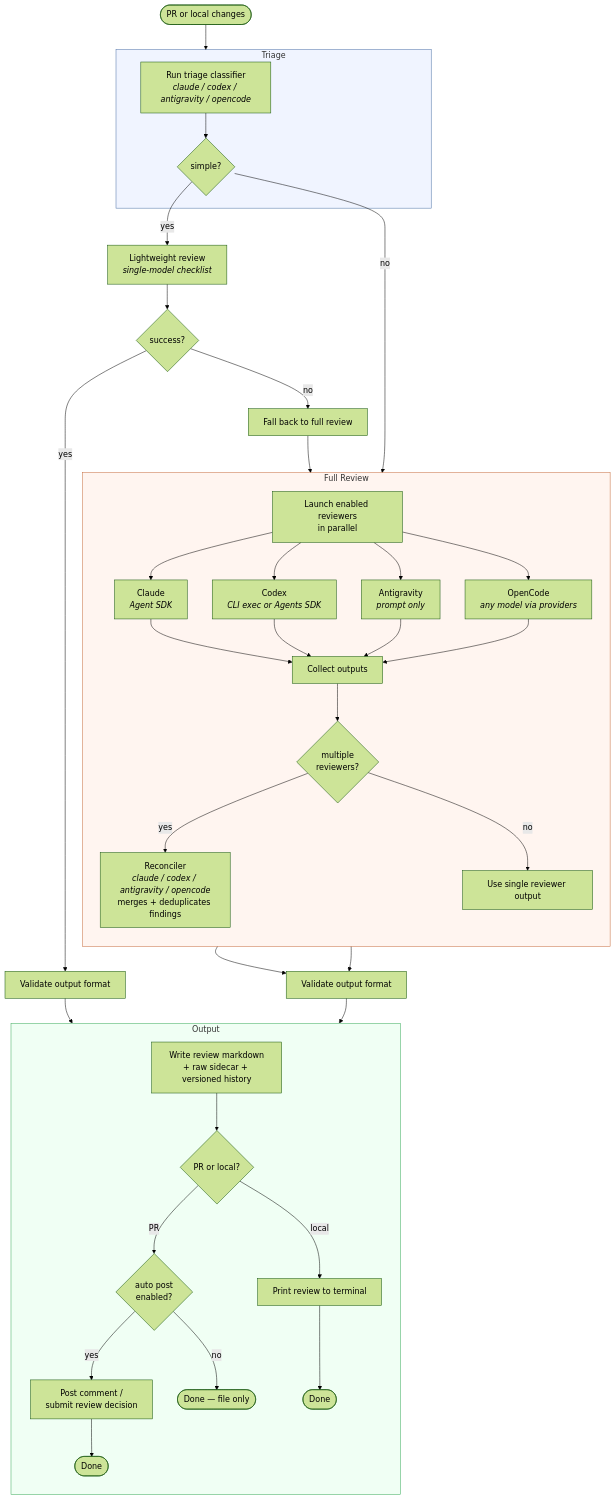
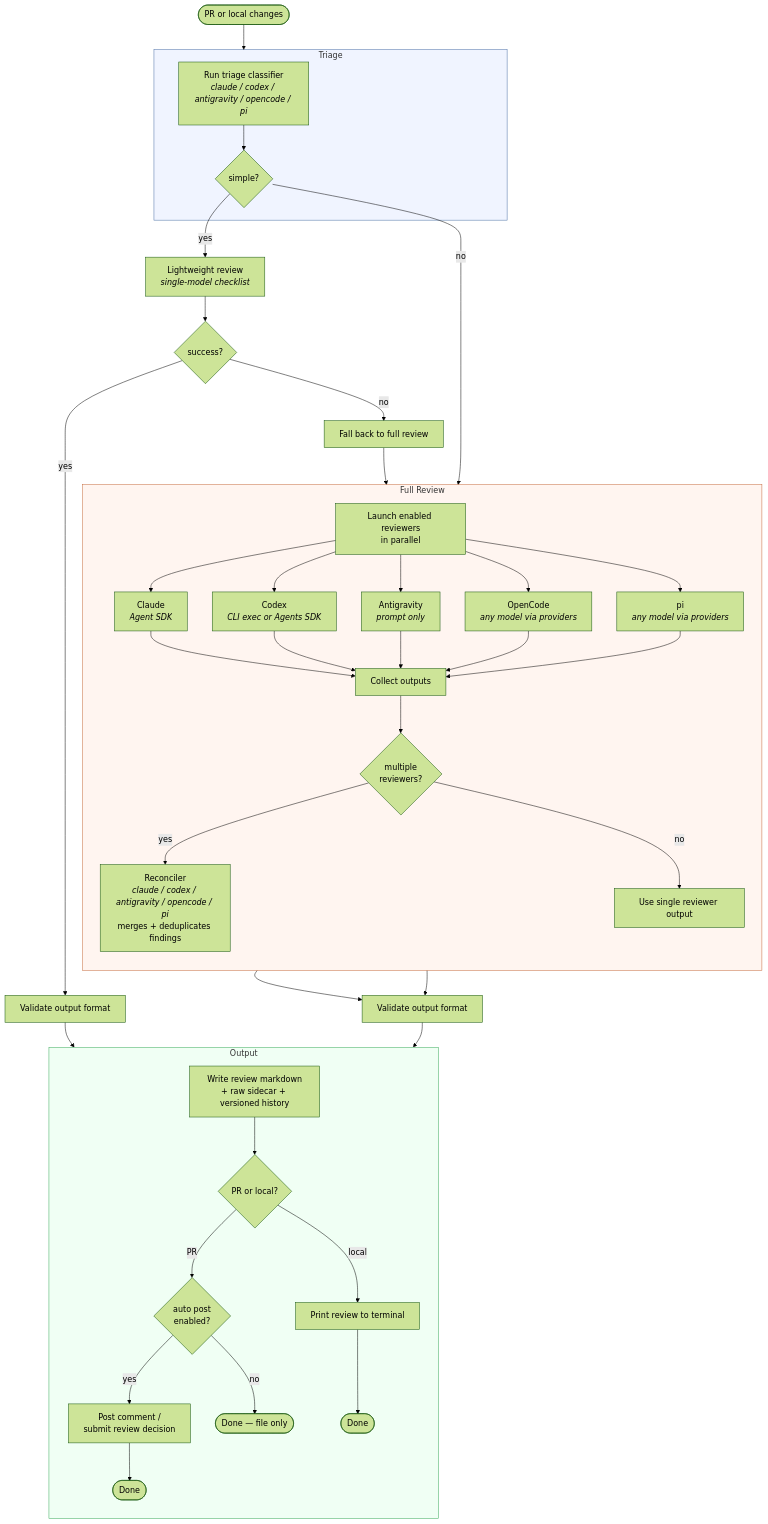
One commit to Inkvi/code-reviewer changed the diagram in README.md. Above: the diagram before and after it, drawn with Mermaid (forest theme). The commit also changed other lines of this file and 17 other files, not shown here.

````diff
--- a/README.md
+++ b/README.md
@@ -319,56 +326,58 @@
 ```mermaid
 flowchart TD
     Start([PR or local changes]) --> Triage
 
     subgraph Triage
-        T[Run triage classifier<br><i>claude / codex / antigravity / opencode</i>]
+        T[Run triage classifier<br><i>claude / codex / antigravity / opencode / pi</i>]
         T --> Simple{simple?}
     end
 
     Simple -->|yes| LW[Lightweight review<br><i>single-model checklist</i>]
     LW --> LWValid{success?}
     LWValid -->|yes| Validate1[Validate output format]
     LWValid -->|no| Fallback[Fall back to full review]
     Validate1 --> Output
 
     Simple -->|no| FullReview
     Fallback --> FullReview
 
     subgraph FullReview [Full Review]
         direction TB
         Launch[Launch enabled reviewers<br>in parallel]
         Launch --> Claude[Claude<br><i>Agent SDK</i>]
         Launch --> Codex[Codex<br><i>CLI exec or Agents SDK</i>]
         Launch --> Antigravity[Antigravity<br><i>prompt only</i>]
         Launch --> OpenCode[OpenCode<br><i>any model via providers</i>]
+        Launch --> Pi[pi<br><i>any model via providers</i>]
 
         Claude --> Collect[Collect outputs]
         Codex --> Collect
         Antigravity --> Collect
         OpenCode --> Collect
+        Pi --> Collect
 
         Collect --> Multi{multiple<br>reviewers?}
-        Multi -->|yes| Reconcile[Reconciler<br><i>claude / codex / antigravity / opencode</i><br>merges + deduplicates findings]
+        Multi -->|yes| Reconcile[Reconciler<br><i>claude / codex / antigravity / opencode / pi</i><br>merges + deduplicates findings]
         Multi -->|no| Single[Use single reviewer output]
     end
 
     Reconcile --> Validate2[Validate output format]
     Single --> Validate2
     Validate2 --> Output
 
     subgraph Output [Output]
         direction TB
         Write[Write review markdown<br>+ raw sidecar + versioned history]
         Write --> Mode{PR or local?}
         Mode -->|PR| Publish{auto post<br>enabled?}
         Publish -->|yes| Post[Post comment /<br>submit review decision]
         Publish -->|no| Done1([Done — file only])
         Post --> Done2([Done])
         Mode -->|local| Print[Print review to terminal]
         Print --> Done3([Done])
     end
 
     style Triage fill:#f0f4ff,stroke:#4a6fa5
     style FullReview fill:#fff5f0,stroke:#c56a3a
     style Output fill:#f0fff4,stroke:#3aaa5b
 ```
````
